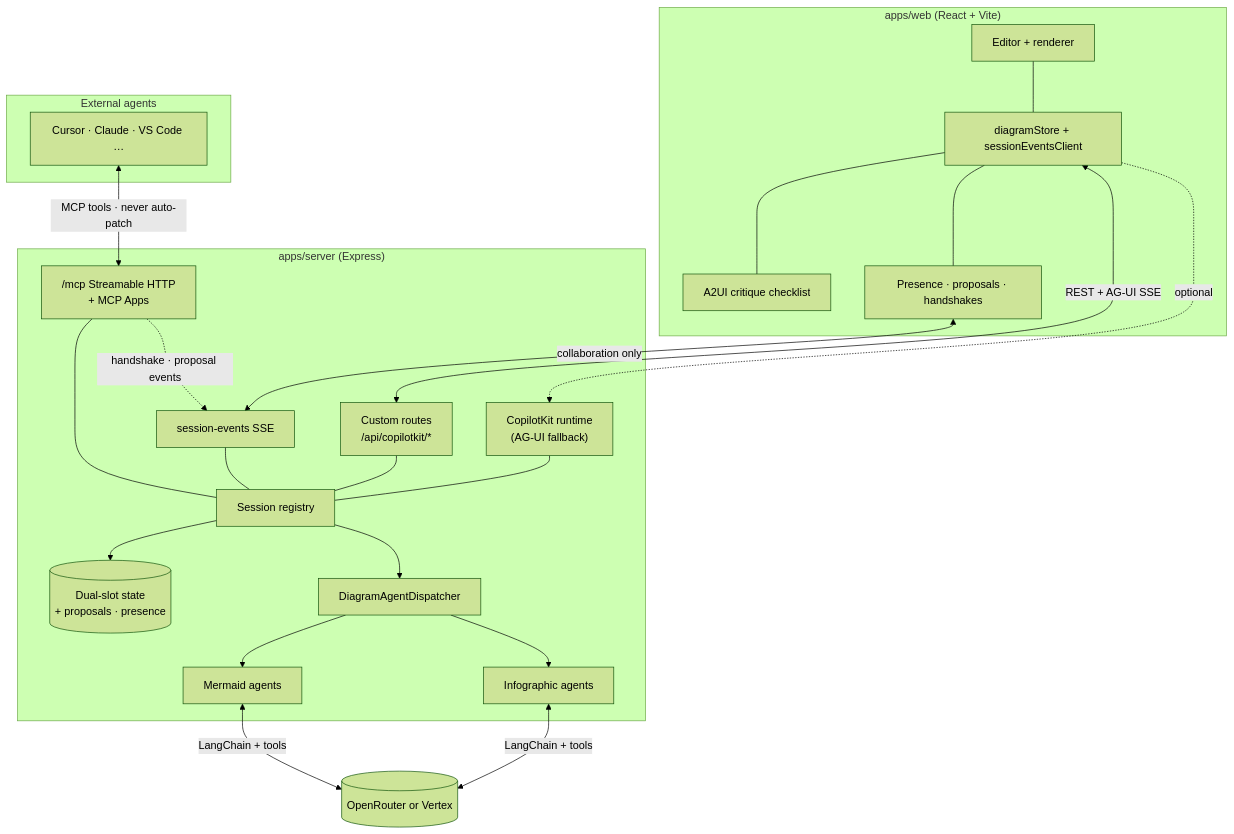
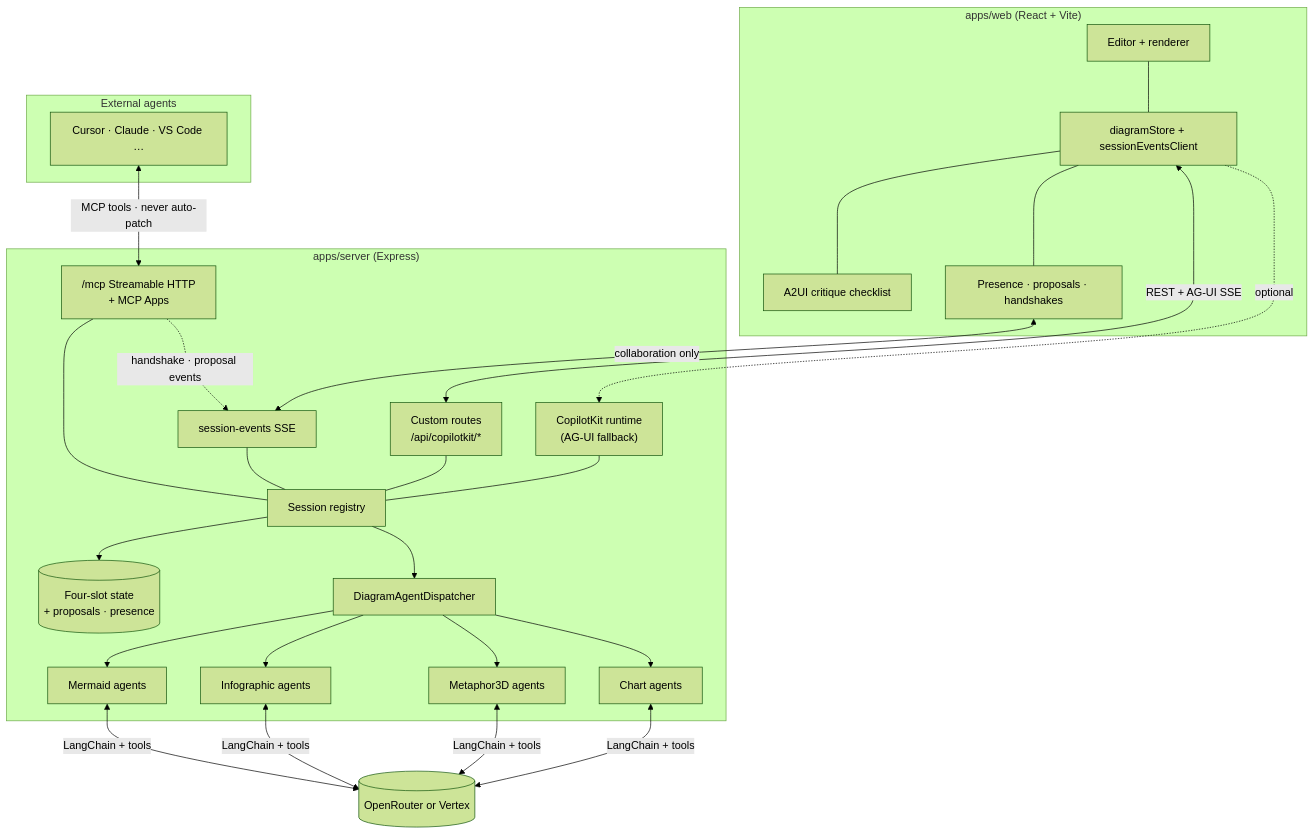
The diagram in docs/guide/system-overview.md (acuhlmann/mermaid-gen), drawn with Mermaid (forest theme) before and after one commit. The commit also changed other lines of this file and 24 other files, not shown here.

````diff
--- a/docs/guide/system-overview.md
+++ b/docs/guide/system-overview.md
@@ -7,45 +7,49 @@
 ```mermaid
 flowchart TB
   subgraph client ["apps/web (React + Vite)"]
     UI["Editor + renderer"]
     GenUI["A2UI critique checklist"]
     Collab["Presence · proposals · handshakes"]
     Store[diagramStore + sessionEventsClient]
     UI --- Store
     Store --- GenUI
     Store --- Collab
   end
 
   subgraph server ["apps/server (Express)"]
     Router["Custom routes\n/api/copilotkit/*"]
     SE["session-events SSE"]
     MCP["/mcp Streamable HTTP\n+ MCP Apps"]
     CK["CopilotKit runtime\n(AG-UI fallback)"]
     Reg["Session registry"]
-    SS[("Dual-slot state\n+ proposals · presence")]
+    SS[("Four-slot state\n+ proposals · presence")]
     Dispatcher["DiagramAgentDispatcher"]
     MA[Mermaid agents]
     IA[Infographic agents]
+    MEA[Metaphor3D agents]
+    CA[Chart agents]
     Router --- Reg
     SE --- Reg
     MCP --- Reg
     CK --- Reg
     Reg --> SS
     Reg --> Dispatcher
     Dispatcher --> MA
     Dispatcher --> IA
+    Dispatcher --> MEA
+    Dispatcher --> CA
   end
 
   subgraph guests ["External agents"]
     Cursor["Cursor · Claude · VS Code …"]
   end
 
   LLM[("OpenRouter or Vertex")]
 
   Store <-->|"REST + AG-UI SSE"| Router
   Collab <-->|"collaboration only"| SE
   Cursor <-->|"MCP tools · never auto-patch"| MCP
   Store -.->|"optional"| CK
-  MA & IA <-->|"LangChain + tools"| LLM
+  MA & IA & MEA & CA <-->|"LangChain + tools"| LLM
   MCP -.->|"handshake · proposal events"| SE
 ```
````
